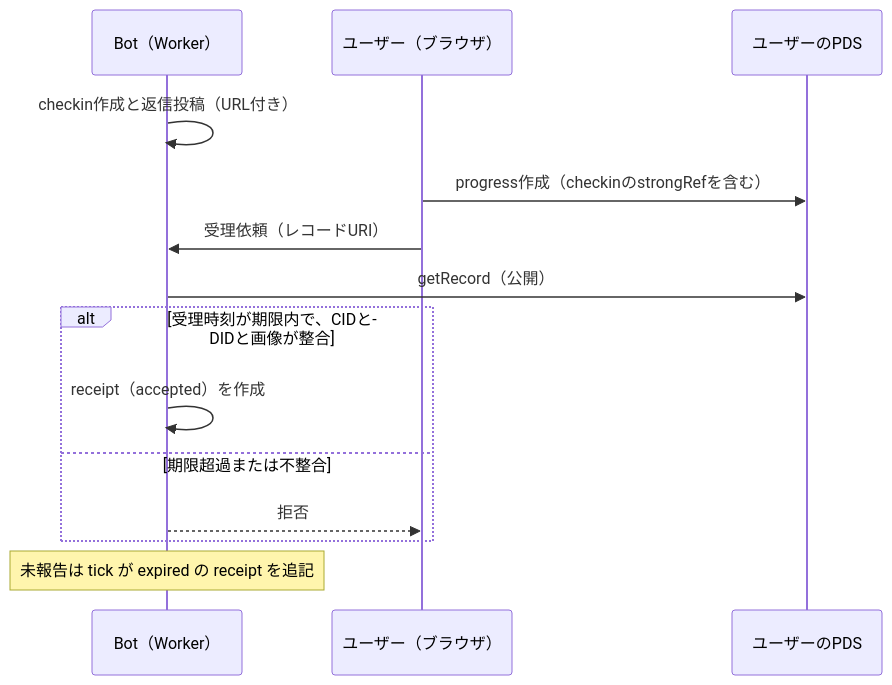
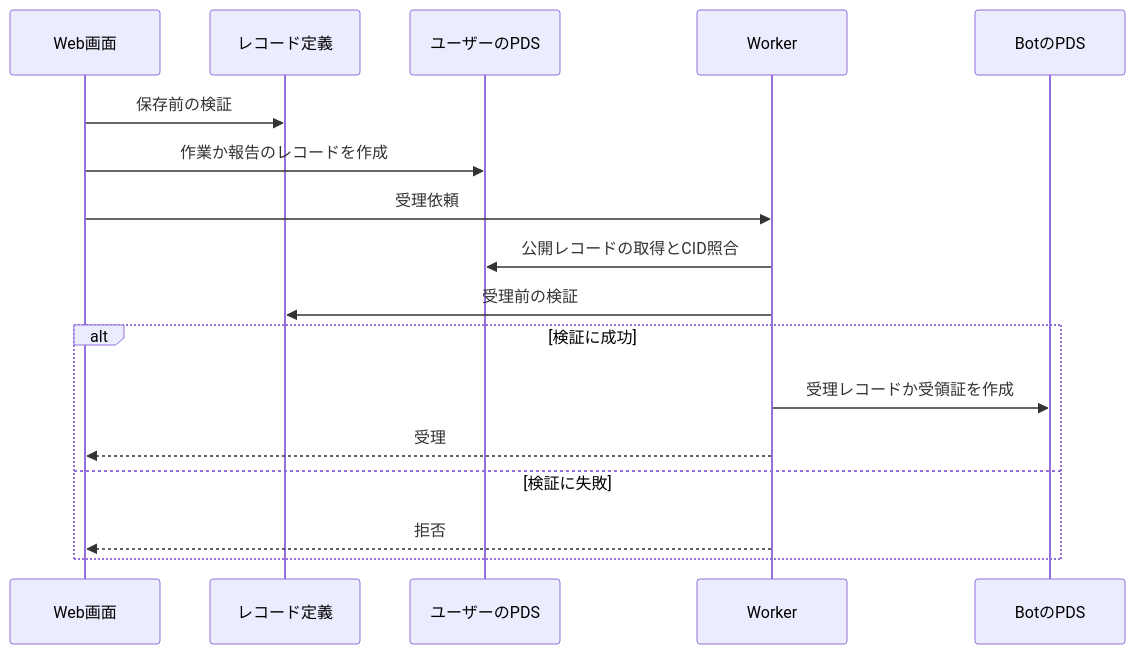
Before and after one commit to nllacc/shinchoku-chan: the third of 8 diagrams in docs/architecture.md, drawn with Mermaid. The commit also changed other lines of this file and 4 other files, not shown here.

First line of the commit message:
architecture.mdを新しい雛形で作り直し、PoCをREADME化

````diff
--- a/docs/architecture.md
+++ b/docs/architecture.md
@@ -26,16 +78,19 @@
 ```mermaid
 sequenceDiagram
-  participant B as Bot（Worker）
-  participant U as ユーザー（ブラウザ）
-  participant P as ユーザーのPDS
-  B->>B: checkin作成と返信投稿（URL付き）
-  U->>P: progress作成（checkinのstrongRefを含む）
-  U->>B: 受理依頼（レコードURI）
-  B->>P: getRecord（公開）
-  alt 受理時刻が期限内で、CIDとDIDと画像が整合
-    B->>B: receipt（accepted）を作成
-  else 期限超過または不整合
-    B-->>U: 拒否
+  participant web as Web画面
+  participant records as レコード定義
+  participant ext_upds as ユーザーのPDS
+  participant worker as Worker
+  participant ext_bpds as BotのPDS
+  web->>records: 保存前の検証
+  web->>ext_upds: 作業か報告のレコードを作成
+  web->>worker: 受理依頼
+  worker->>ext_upds: 公開レコードの取得とCID照合
+  worker->>records: 受理前の検証
+  alt 検証に成功
+    worker->>ext_bpds: 受理レコードか受領証を作成
+    worker-->>web: 受理
+  else 検証に失敗
+    worker-->>web: 拒否
   end
-  Note over B: 未報告は tick が expired の receipt を追記
 ```
````
